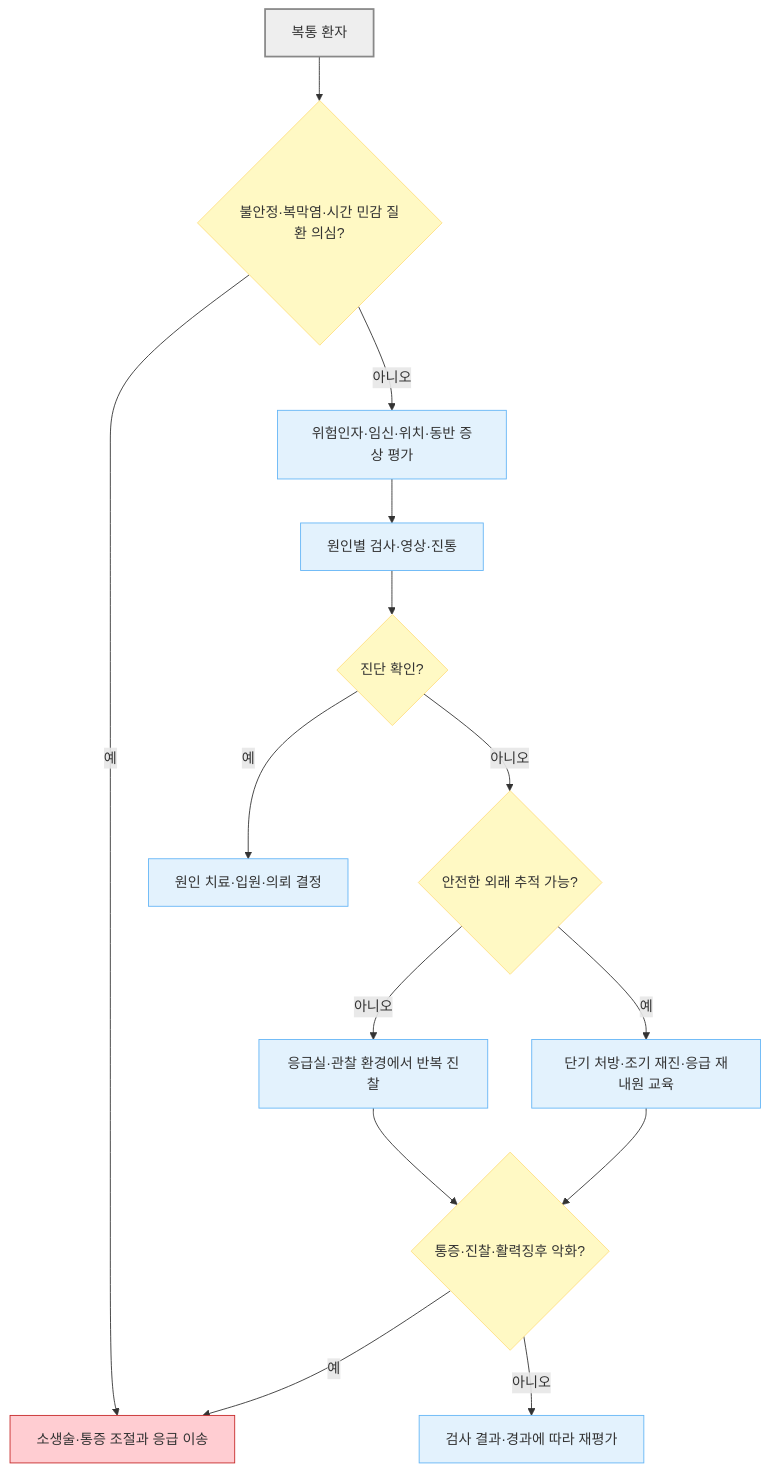
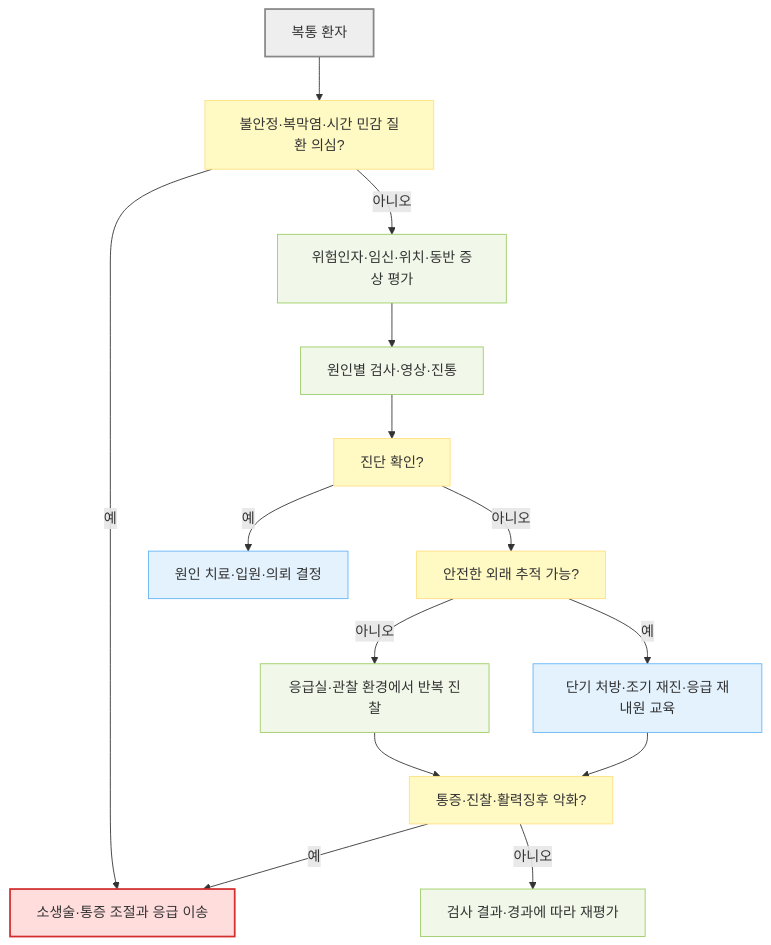
One commit to familyoh77/familyoh77 changed the third of 3 diagrams in 220_/003_-abdominal-pain.md. Above: the diagram before and after it, drawn with Mermaid. The commit also changed other lines of this file and 13 other files, not shown here.

````diff
--- a/220_/003_-abdominal-pain.md
+++ b/220_/003_-abdominal-pain.md
@@ -387,23 +395,27 @@
 ```mermaid
 flowchart TD
-    A["복통 환자"] --> B{"불안정·복막염·시간 민감 질환 의심?"}
+    A["복통 환자"] --> B["불안정·복막염·시간 민감 질환 의심?"]
     B -- "예" --> C["소생술·통증 조절과 응급 이송"]
     B -- "아니오" --> D["위험인자·임신·위치·동반 증상 평가"]
     D --> E["원인별 검사·영상·진통"]
-    E --> F{"진단 확인?"}
+    E --> F["진단 확인?"]
     F -- "예" --> G["원인 치료·입원·의뢰 결정"]
-    F -- "아니오" --> H{"안전한 외래 추적 가능?"}
+    F -- "아니오" --> H["안전한 외래 추적 가능?"]
     H -- "아니오" --> I["응급실·관찰 환경에서 반복 진찰"]
     H -- "예" --> J["단기 처방·조기 재진·응급 재내원 교육"]
-    I --> K{"통증·진찰·활력징후 악화?"}
+    I --> K["통증·진찰·활력징후 악화?"]
     J --> K
     K -- "예" --> C
     K -- "아니오" --> L["검사 결과·경과에 따라 재평가"]
-    classDef red fill:#ffcdd2,stroke:#c62828
+
+    classDef start fill:#eeeeee,stroke:#888888,stroke-width:2px
     classDef question fill:#fff9c4,stroke:#ffe082
+    classDef emergency fill:#ffdddd,stroke:#d32f2f,stroke-width:2px
+    classDef evaluation fill:#f1f8e9,stroke:#9ccc65
     classDef treatment fill:#e3f2fd,stroke:#64b5f6
-    class C red
+    class A start
     class B,F,H,K question
-    class D,E,G,I,J,L treatment
-    style A fill:#eeeeee,stroke:#888888,stroke-width:2px
+    class C emergency
+    class D,E,I,L evaluation
+    class G,J treatment
 ```
````
